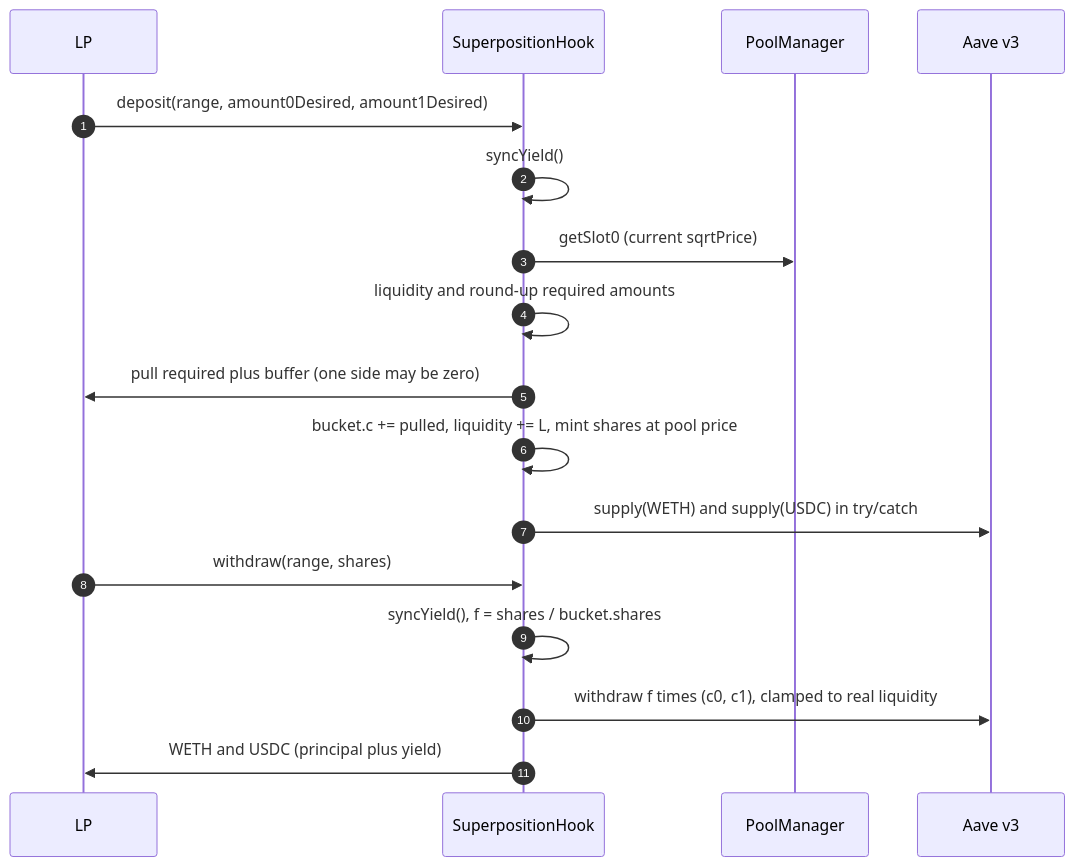
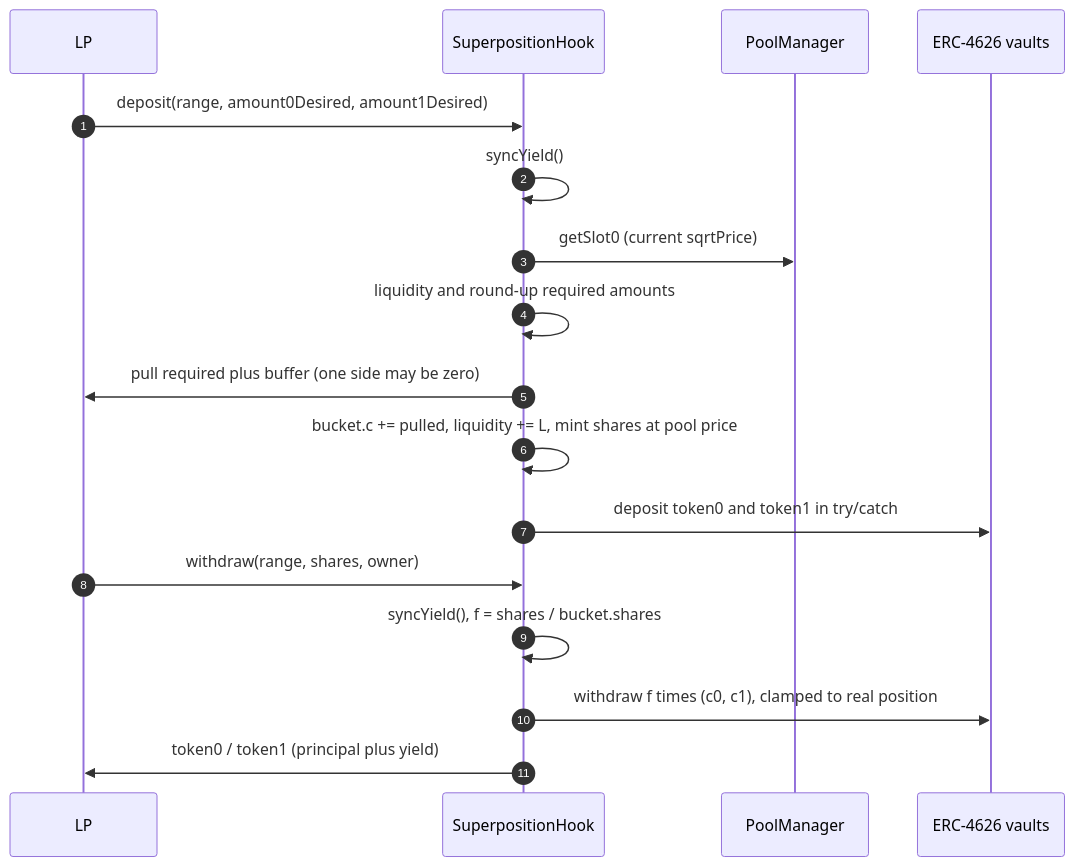
The third of 4 diagrams in superposition-uni-v4-hook/README.md (SolidityDrone/superposition-hook-uni-v4), drawn with Mermaid before and after one commit. The commit also changed other lines of this file and 7 other files, not shown here.

````diff
--- a/superposition-uni-v4-hook/README.md
+++ b/superposition-uni-v4-hook/README.md
@@ -134,19 +141,19 @@
 ```mermaid
 sequenceDiagram
     autonumber
     participant U as LP
     participant H as SuperpositionHook
     participant PM as PoolManager
-    participant A as Aave v3
+    participant V as ERC-4626 vaults
     U->>H: deposit(range, amount0Desired, amount1Desired)
     H->>H: syncYield()
     H->>PM: getSlot0 (current sqrtPrice)
     H->>H: liquidity and round-up required amounts
     H->>U: pull required plus buffer (one side may be zero)
     H->>H: bucket.c += pulled, liquidity += L, mint shares at pool price
-    H->>A: supply(WETH) and supply(USDC) in try/catch
-    U->>H: withdraw(range, shares)
+    H->>V: deposit token0 and token1 in try/catch
+    U->>H: withdraw(range, shares, owner)
     H->>H: syncYield(), f = shares / bucket.shares
-    H->>A: withdraw f times (c0, c1), clamped to real liquidity
-    H->>U: WETH and USDC (principal plus yield)
+    H->>V: withdraw f times (c0, c1), clamped to real position
+    H->>U: token0 / token1 (principal plus yield)
 ```
````
